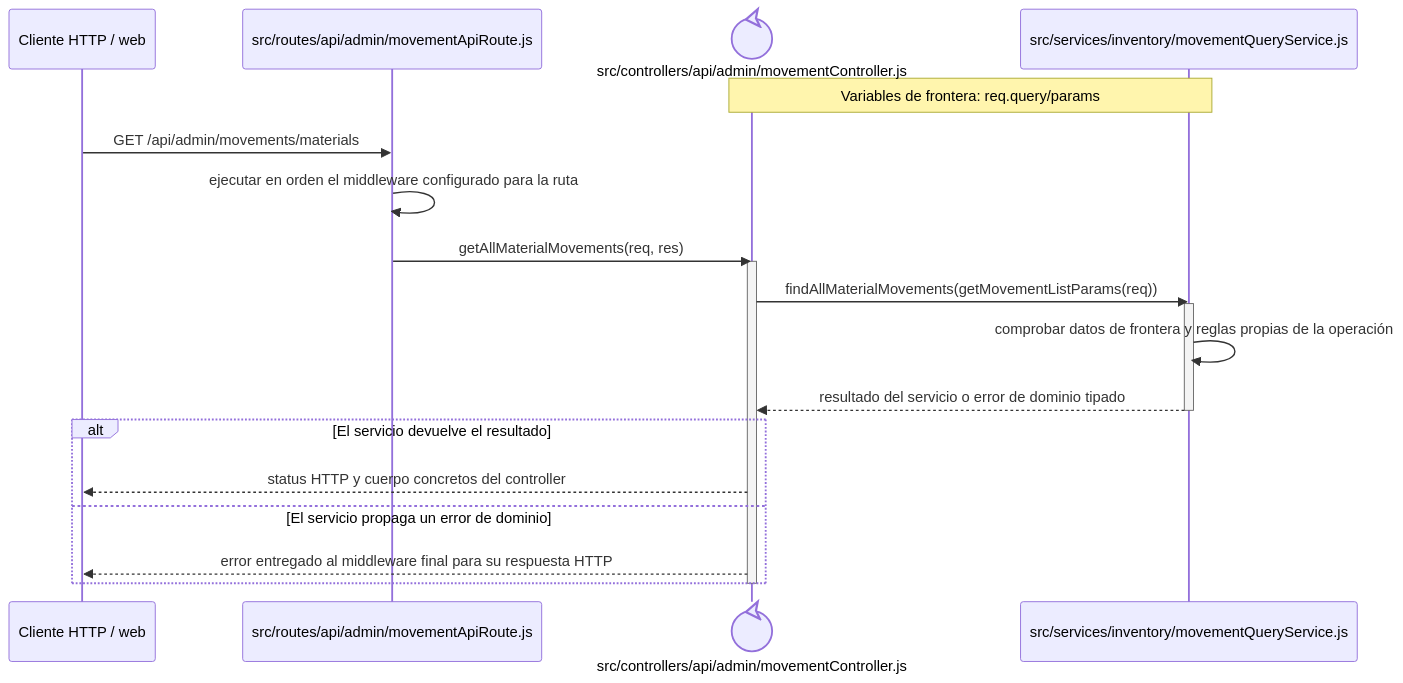
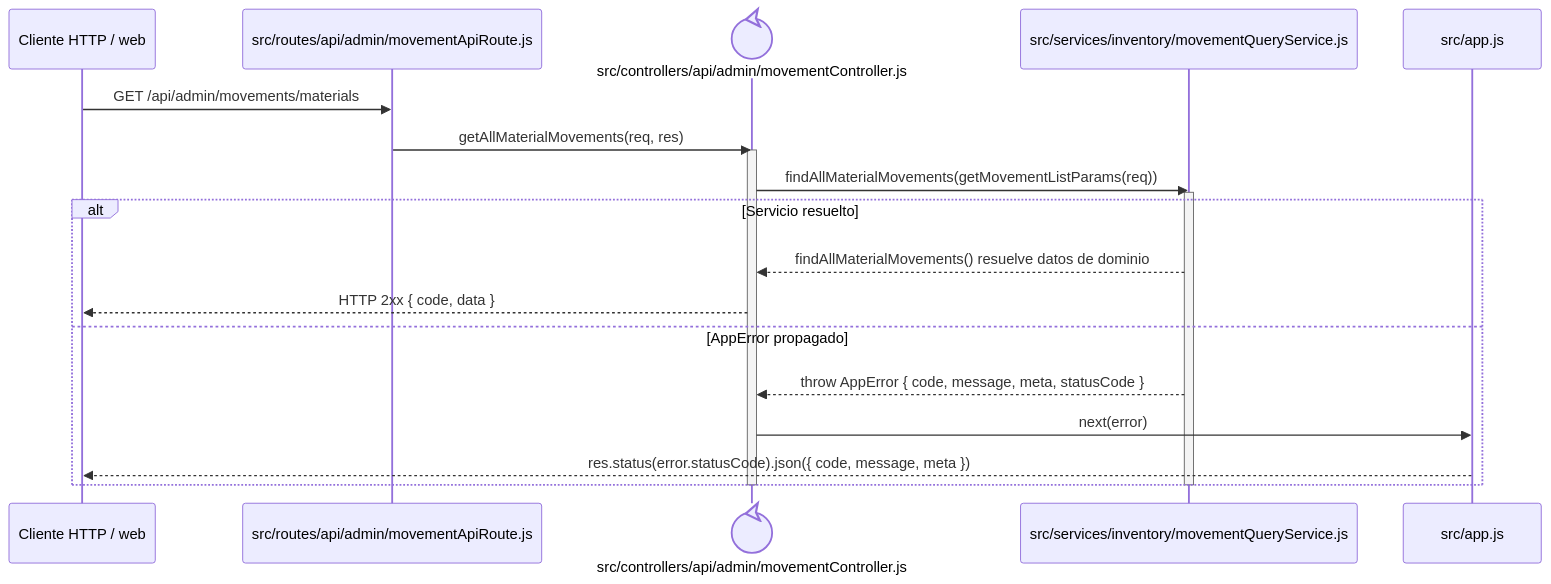
Before and after one commit to gpgsistemas01/nexus: the diagram in docs/architecture/backend-code-sequences/catalogs/cu-alm-07.md, drawn with Mermaid. The commit also changed 148 other files, not shown here.

````diff
--- a/docs/architecture/backend-code-sequences/catalogs/cu-alm-07.md
+++ b/docs/architecture/backend-code-sequences/catalogs/cu-alm-07.md
@@ -6,24 +6,24 @@
 ```mermaid
 sequenceDiagram
     participant Client as Cliente HTTP / web
     participant Route as src/routes/api/admin/movementApiRoute.js
     participant Controller@{ "type": "control" } as src/controllers/api/admin/movementController.js
     participant Domain as src/services/inventory/movementQueryService.js
-    Note over Controller,Domain: Variables de frontera: req.query/params
+    participant ErrorHandler as src/app.js
 
     Client->>Route: GET /api/admin/movements/materials
-    Route->>Route: ejecutar en orden el middleware configurado para la ruta
     Route->>Controller: getAllMaterialMovements(req, res)
     activate Controller
     Controller->>Domain: findAllMaterialMovements(getMovementListParams(req))
     activate Domain
-    Domain->>Domain: comprobar datos de frontera y reglas propias de la operación
-    Domain-->>Controller: resultado del servicio o error de dominio tipado
+    alt Servicio resuelto
+        Domain-->>Controller: findAllMaterialMovements() resuelve datos de dominio
+        Controller-->>Client: HTTP 2xx { code, data }
+    else AppError propagado
+        Domain-->>Controller: throw AppError { code, message, meta, statusCode }
+        Controller->>ErrorHandler: next(error)
+        ErrorHandler-->>Client: res.status(error.statusCode).json({ code, message, meta })
+    end
     deactivate Domain
-    alt El servicio devuelve el resultado
-        Controller-->>Client: status HTTP y cuerpo concretos del controller
-    else El servicio propaga un error de dominio
-        Controller-->>Client: error entregado al middleware final para su respuesta HTTP
-    end
     deactivate Controller
 ```
````
